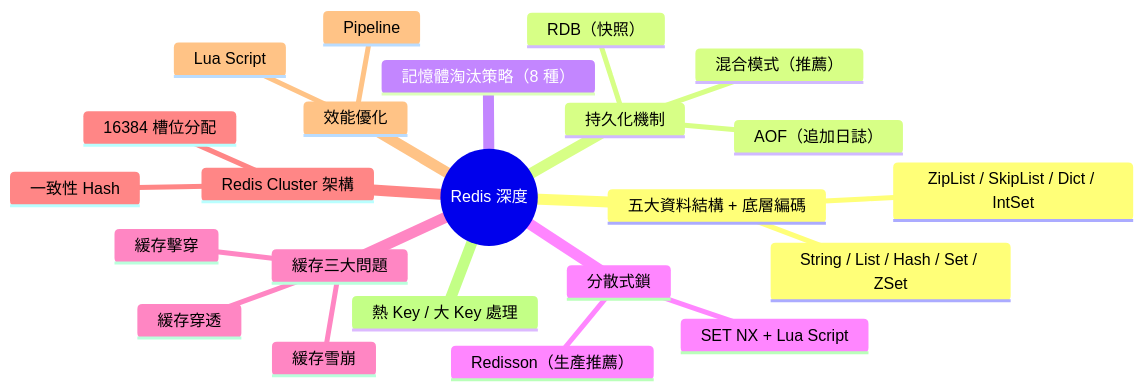
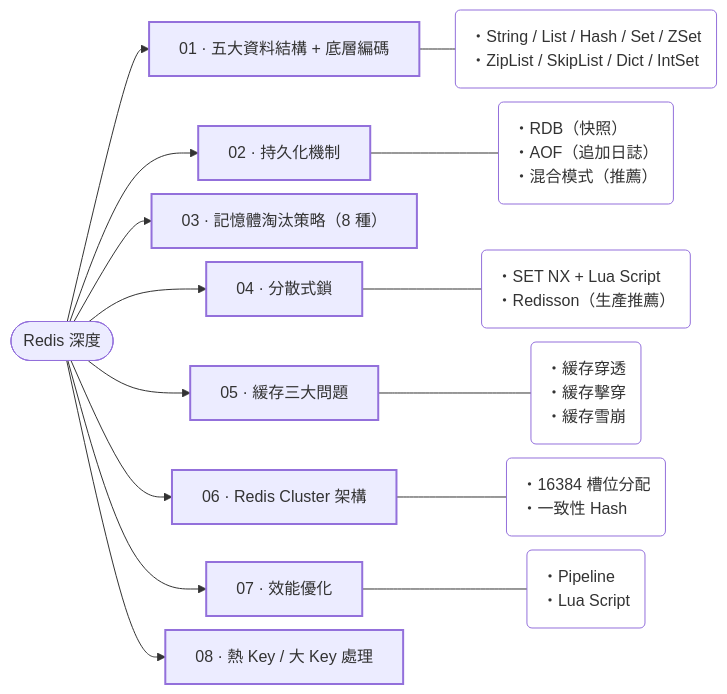
The diagram in docs/data/redis/index.md (AnthonyFuFu/StudyNotes), drawn with Mermaid before and after one commit. The commit also changed 43 other files, not shown here.

````diff
--- a/docs/data/redis/index.md
+++ b/docs/data/redis/index.md
@@ -13,26 +13,37 @@
 ``` mermaid
-mindmap
-  root((Redis 深度))
-    五大資料結構 + 底層編碼
-      String / List / Hash / Set / ZSet
-      ZipList / SkipList / Dict / IntSet
-    持久化機制
-      RDB（快照）
-      AOF（追加日誌）
-      混合模式（推薦）
-    記憶體淘汰策略（8 種）
-    分散式鎖
-      SET NX + Lua Script
-      Redisson（生產推薦）
-    緩存三大問題
-      緩存穿透
-      緩存擊穿
-      緩存雪崩
-    Redis Cluster 架構
-      16384 槽位分配
-      一致性 Hash
-    效能優化
-      Pipeline
-      Lua Script
-    熱 Key / 大 Key 處理
+%%{init: {"flowchart": {"nodeSpacing": 14, "rankSpacing": 36, "wrappingWidth": 420}}}%%
+flowchart LR
+    R(["Redis 深度"])
+    c0["01 · 五大資料結構 + 底層編碼"]
+    R --> c0
+    p0("・String / List / Hash / Set / ZSet<br>・ZipList / SkipList / Dict / IntSet")
+    c0 --- p0
+    c1["02 · 持久化機制"]
+    R --> c1
+    p1("・RDB（快照）<br>・AOF（追加日誌）<br>・混合模式（推薦）")
+    c1 --- p1
+    c2["03 · 記憶體淘汰策略（8 種）"]
+    R --> c2
+    c3["04 · 分散式鎖"]
+    R --> c3
+    p3("・SET NX + Lua Script<br>・Redisson（生產推薦）")
+    c3 --- p3
+    c4["05 · 緩存三大問題"]
+    R --> c4
+    p4("・緩存穿透<br>・緩存擊穿<br>・緩存雪崩")
+    c4 --- p4
+    c5["06 · Redis Cluster 架構"]
+    R --> c5
+    p5("・16384 槽位分配<br>・一致性 Hash")
+    c5 --- p5
+    c6["07 · 效能優化"]
+    R --> c6
+    p6("・Pipeline<br>・Lua Script")
+    c6 --- p6
+    c7["08 · 熱 Key / 大 Key 處理"]
+    R --> c7
+    classDef chapter stroke-width:2px
+    classDef points fill:transparent,text-align:left
+    class c0,c1,c2,c3,c4,c5,c6,c7 chapter
+    class p0,p1,p3,p4,p5,p6 points
 ```
````
